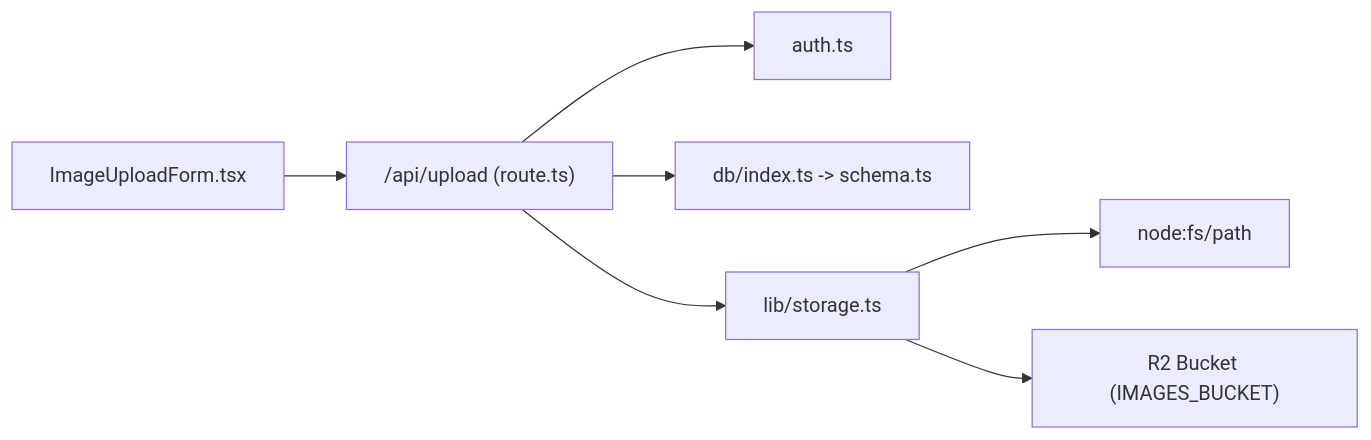
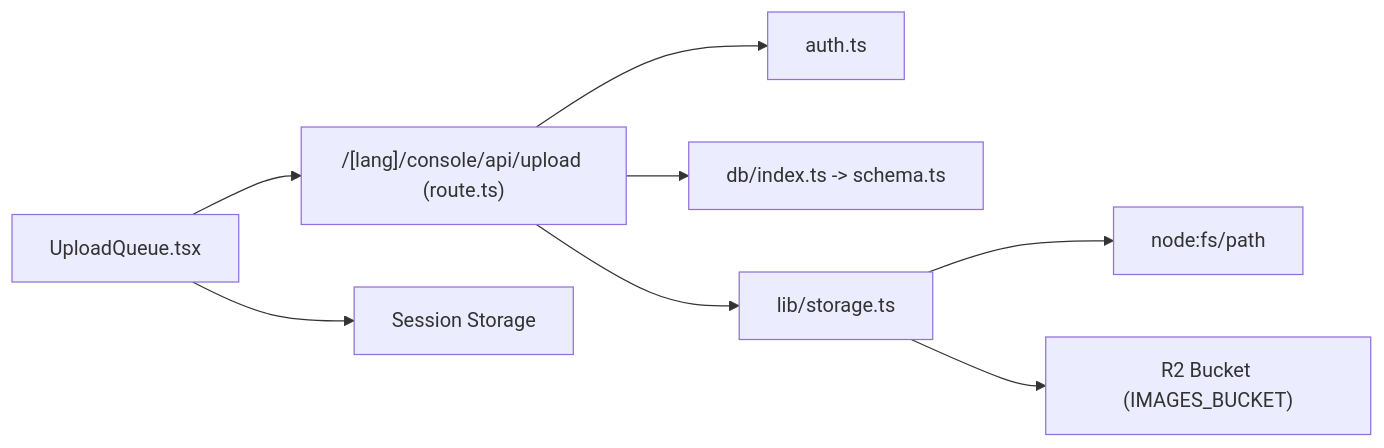
One commit to pnnh/weable changed the fifth of 5 diagrams in .qoder/repowiki/zh/content/API 接口文档/文件上传 API.md. Above: the diagram before and after it, drawn with Mermaid. The commit also changed other lines of this file and 133 other files, not shown here.

Commit message:
实现基于浏览器自带AI识别图片内容功能

````diff
--- a/.qoder/repowiki/zh/content/API 接口文档/文件上传 API.md
+++ b/.qoder/repowiki/zh/content/API 接口文档/文件上传 API.md
@@ -259,9 +304,10 @@
 ```mermaid
 graph LR
-Route["/api/upload (route.ts)"] --> Auth["auth.ts"]
+Route["/[lang]/console/api/upload (route.ts)"] --> Auth["auth.ts"]
 Route --> DB["db/index.ts -> schema.ts"]
 Route --> Store["lib/storage.ts"]
 Store --> Local["node:fs/path"]
 Store --> R2["R2 Bucket (IMAGES_BUCKET)"]
-Front["ImageUploadForm.tsx"] --> Route
+Front["UploadQueue.tsx"] --> Route
+Front --> Session["Session Storage"]
 ```
````
